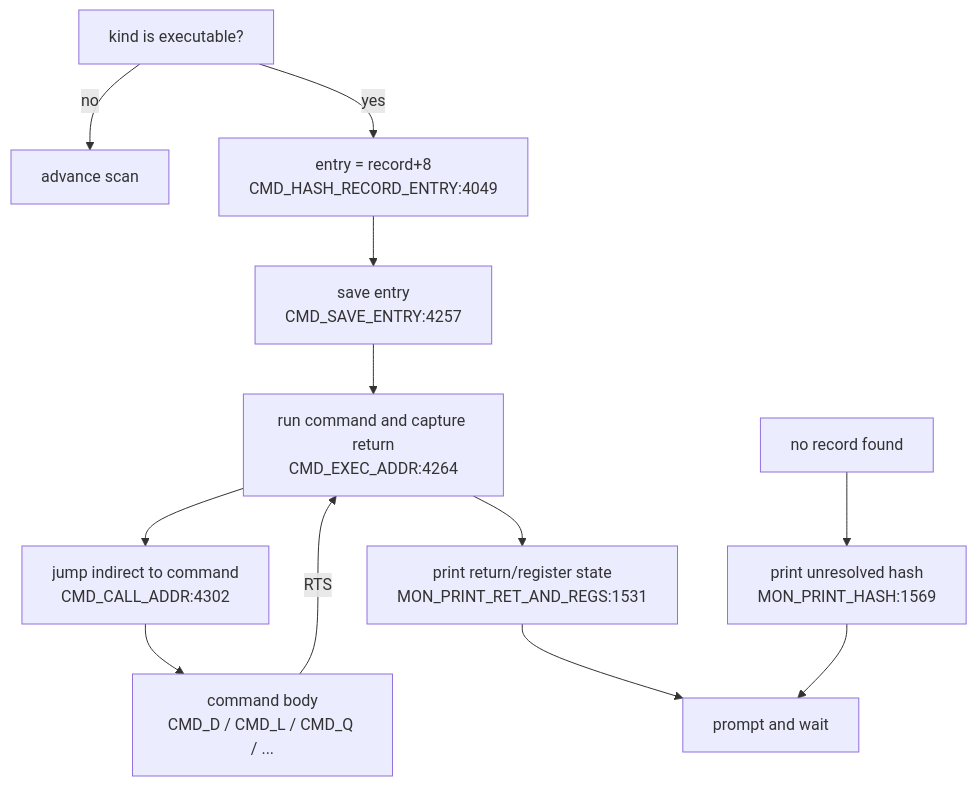
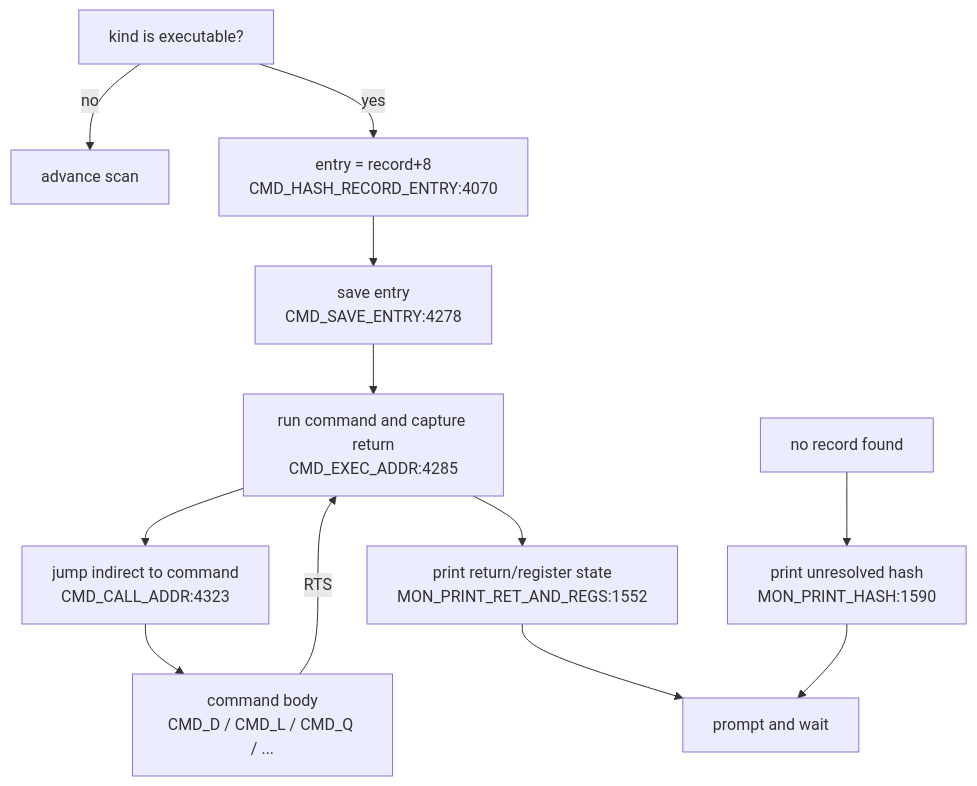
Before and after one commit to 95westus/R-YORS: the fourth of 4 diagrams in DOC/GENERATED/CMD_FLOW_MAP.md, drawn with Mermaid. The commit also changed other lines of this file and 42 other files, not shown here.

First line of the commit message:
STR8: publish validated bank jump record

````diff
--- a/DOC/GENERATED/CMD_FLOW_MAP.md
+++ b/DOC/GENERATED/CMD_FLOW_MAP.md
@@ -58,14 +58,14 @@
 ```mermaid
 flowchart TD
     EXECOK["kind is executable?"] -->|no| ADV["advance scan"]
-    EXECOK -->|yes| ENTRY["entry = record+8<br/>CMD_HASH_RECORD_ENTRY:4049"]
-    ENTRY --> SAVEENTRY["save entry<br/>CMD_SAVE_ENTRY:4257"]
-    SAVEENTRY --> RUN["run command and capture return<br/>CMD_EXEC_ADDR:4264"]
-    RUN --> CALL["jump indirect to command<br/>CMD_CALL_ADDR:4302"]
+    EXECOK -->|yes| ENTRY["entry = record+8<br/>CMD_HASH_RECORD_ENTRY:4070"]
+    ENTRY --> SAVEENTRY["save entry<br/>CMD_SAVE_ENTRY:4278"]
+    SAVEENTRY --> RUN["run command and capture return<br/>CMD_EXEC_ADDR:4285"]
+    RUN --> CALL["jump indirect to command<br/>CMD_CALL_ADDR:4323"]
     CALL --> BODY["command body<br/>CMD_D / CMD_L / CMD_Q / ..."]
     BODY -->|RTS| RUN
-    RUN --> RETPRINT["print return/register state<br/>MON_PRINT_RET_AND_REGS:1531"]
+    RUN --> RETPRINT["print return/register state<br/>MON_PRINT_RET_AND_REGS:1552"]
     RETPRINT --> LOOP["prompt and wait"]
-    MISS["no record found"] --> PRHASH["print unresolved hash<br/>MON_PRINT_HASH:1569"]
+    MISS["no record found"] --> PRHASH["print unresolved hash<br/>MON_PRINT_HASH:1590"]
     PRHASH --> LOOP
 ```
````
